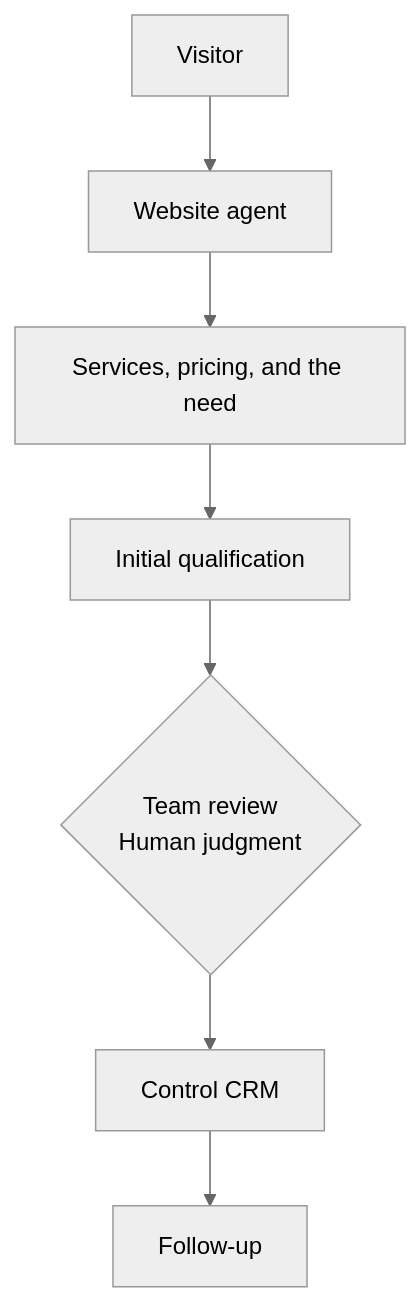
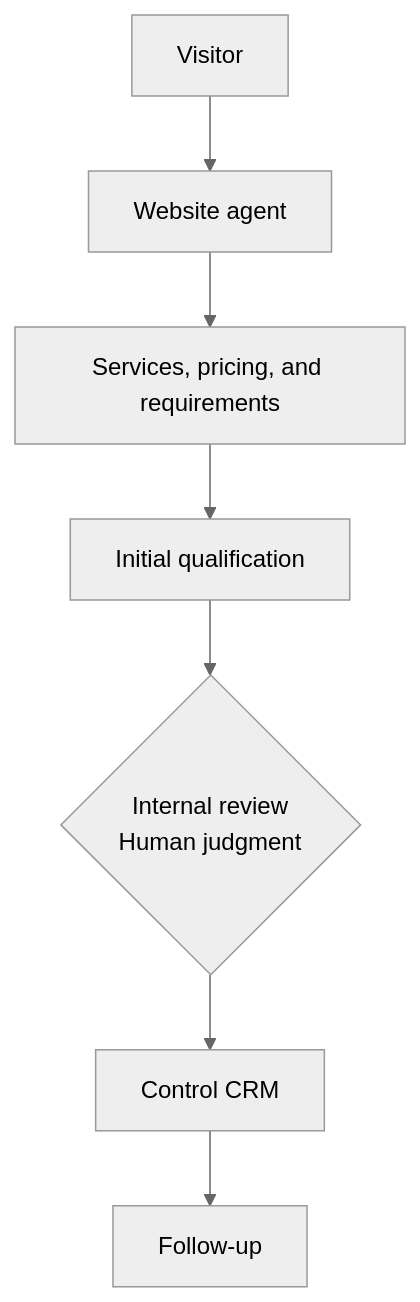
Before and after one commit to CaliCastle/cali.so: the third of 4 diagrams in content/blog/we-decided-to-stop-buying-saas/index.en.mdx, drawn with Mermaid (neutral theme). The commit also changed other lines of this file and 4 other files, not shown here.

First line of the commit message:
feat(blog): new cover and figure art, adapt English localization

````diff
--- a/content/blog/we-decided-to-stop-buying-saas/index.en.mdx
+++ b/content/blog/we-decided-to-stop-buying-saas/index.en.mdx
@@ -152,4 +154,4 @@
 ```mermaid caption="The agent organizes and qualifies. The team keeps the real decision."
 flowchart TB
-  V["Visitor"] --> W["Website agent"] --> U["Services, pricing, and the need"] --> Q["Initial qualification"] --> H{"Team review<br/>Human judgment"} --> C["Control CRM"] --> F["Follow-up"]
+  V["Visitor"] --> W["Website agent"] --> U["Services, pricing, and requirements"] --> Q["Initial qualification"] --> H{"Internal review<br/>Human judgment"} --> C["Control CRM"] --> F["Follow-up"]
 ```
````
